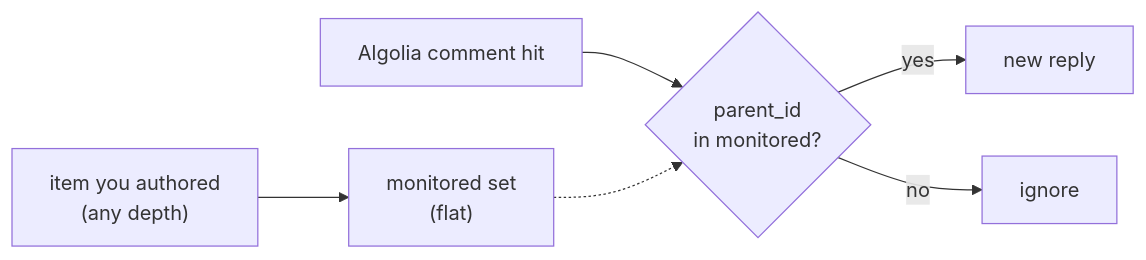
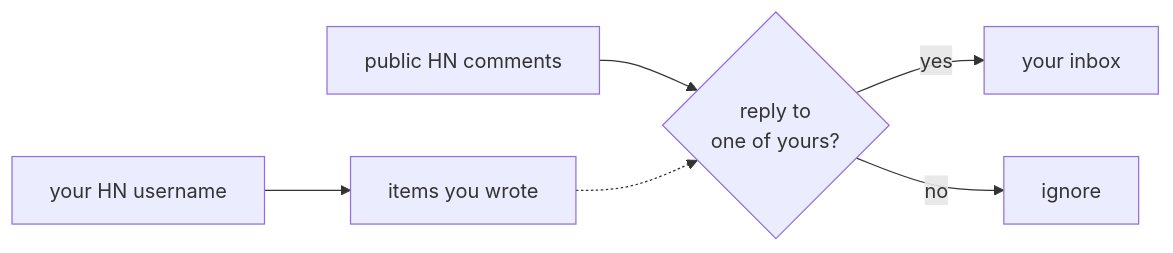
The diagram in README.md (adam-s/hnswered), drawn with Mermaid before and after one commit. The commit also changed other lines of this file and 11 other files, not shown here.

````diff
--- a/README.md
+++ b/README.md
@@ -61,8 +23,8 @@
 ```mermaid
 flowchart LR
-    A["item you authored<br/>(any depth)"] --> M["monitored set<br/>(flat)"]
-    F["Algolia comment hit"] --> Q{"parent_id<br/>in monitored?"}
-    Q -- yes --> R["new reply"]
-    Q -- no --> X["ignore"]
-    M -.-> Q
+    A["your HN username"] --> B["items you wrote"]
+    C["public HN comments"] --> D{"reply to<br/>one of yours?"}
+    B -.-> D
+    D -- yes --> E["your inbox"]
+    D -- no --> F["ignore"]
 ```
````
